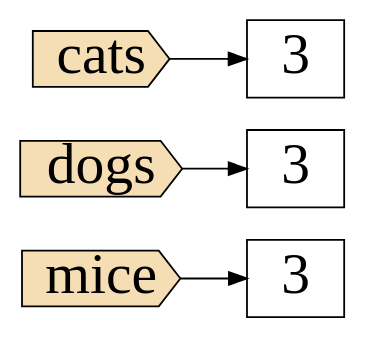
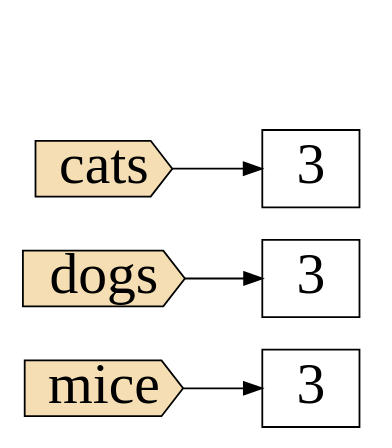
The diagram in images/var-multiple-3.dot (shoorick/slide-python), drawn with Graphviz before and after one commit. The commit also changed 1 other file, not shown here.

```diff
--- a/images/var-multiple-3.dot
+++ b/images/var-multiple-3.dot
@@ -1,15 +1,19 @@
 digraph G {
     graph [ rankdir=LR ]
     node  [ shape=box, fontname="PT Mono", fontsize=32 ]
 
     mice  [ shape=cds, style=filled, fillcolor=wheat ]
     mice3 [ label=3 ]
     mice -> mice3
 
     dogs  [ shape=cds, style=filled, fillcolor=wheat ]
     dogs3 [ label=3 ]
     dogs -> dogs3
 
     cats  [ shape=cds, style=filled, fillcolor=wheat ]
     cats -> 3
+
+    none -> em [ style=invis ]
+    none  [ style=invis ]
+    em [ style=invis ]
 }
```
